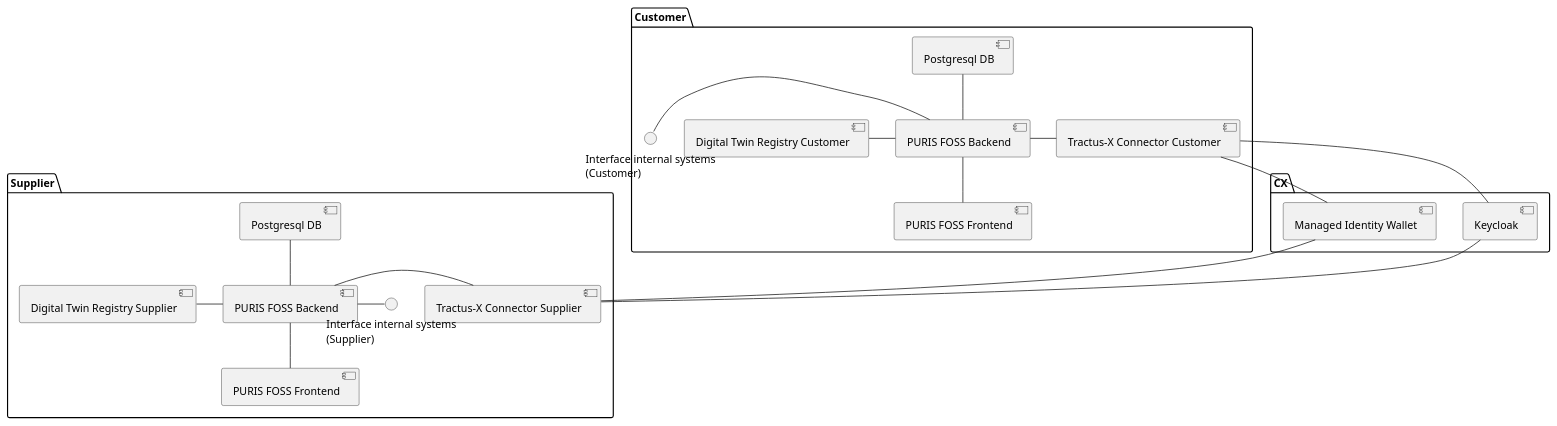
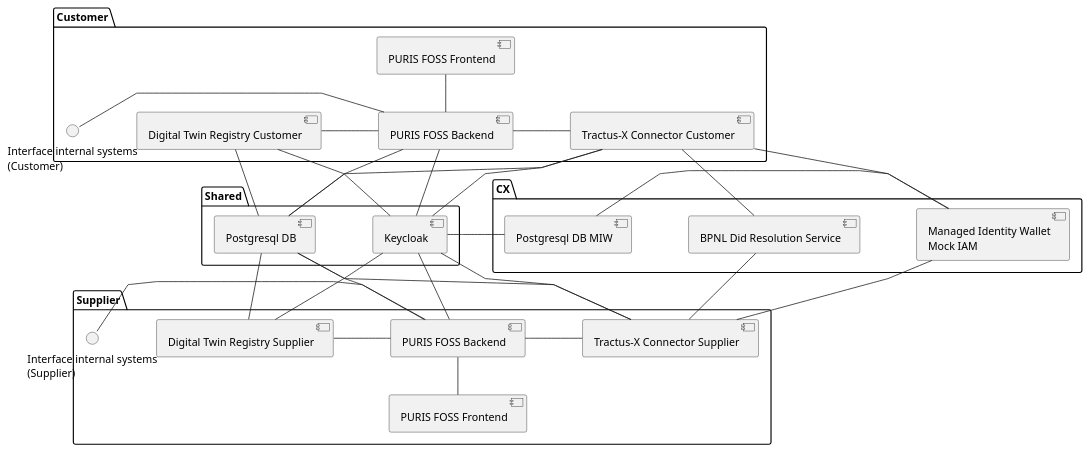
The diagram in docs/arc42/puml/07-deployment.puml (eclipse-tractusx/puris), drawn with PlantUML before and after one commit. The commit also changed 5 other files, not shown here.

```diff
--- a/docs/arc42/puml/07-deployment.puml
+++ b/docs/arc42/puml/07-deployment.puml
@@ -1,52 +1,72 @@
 @startuml
+skinparam linetype polyline
+skinparam nodesep 75
+skinparam ranksep 50
 
 
-package "Customer"{
+package "Shared" {
+  [Postgresql DB] as postgres_shared
+  [Keycloak] as keycloak
+}
+
+
+package "Customer" {
 
   [Tractus-X Connector Customer] as edc_cus
   [Digital Twin Registry Customer] as dtr_cus
 
-  [Postgresql DB] as postgres_cus
   [PURIS FOSS Backend] as puris_backend_cus
   [PURIS FOSS Frontend] as puris_frontend_cus
 
   dtr_cus - puris_backend_cus
+  dtr_cus -- keycloak
+  dtr_cus -- postgres_shared
+  edc_cus -- postgres_shared
   puris_backend_cus - edc_cus
-  postgres_cus -- puris_backend_cus
+  puris_backend_cus -- postgres_shared
+  puris_backend_cus -- keycloak
+  puris_frontend_cus -- puris_backend_cus
   "Interface internal systems\n(Customer)" - puris_backend_cus
-  puris_backend_cus -- puris_frontend_cus
 
 }
 
 package "CX" {
 
-  [Keycloak] as keycloak
-  [Managed Identity Wallet] as miw
+  [Postgresql DB MIW] as pg_miw
+  [Managed Identity Wallet\nMock IAM] as miw
+  [BPNL Did Resolution Service] as bdrs
+
+  keycloak - pg_miw
+  pg_miw - miw
 
 }
 
-
-package "Supplier"{
+package "Supplier" {
 
   [Tractus-X Connector Supplier] as edc_sup
   [Digital Twin Registry Supplier] as dtr_sup
 
-  [Postgresql DB] as postgres_sup
   [PURIS FOSS Backend] as puris_backend_sup
   [PURIS FOSS Frontend] as puris_frontend_sup
 
   dtr_sup - puris_backend_sup
+  keycloak -- dtr_sup
+  keycloak -- puris_backend_sup
+  postgres_shared -- dtr_sup
+  postgres_shared -- edc_sup
   puris_backend_sup - edc_sup
-  postgres_sup -- puris_backend_sup
-  puris_backend_sup - "Interface internal systems\n(Supplier)"
+  postgres_shared -- puris_backend_sup
+  "Interface internal systems\n(Supplier)" - puris_backend_sup
   puris_backend_sup -- puris_frontend_sup
 
 }
 
 edc_cus -- keycloak
 edc_cus -- miw
+edc_cus -- bdrs
 
 keycloak -- edc_sup
 miw -- edc_sup
+bdrs -- edc_sup
 
 @enduml
```
